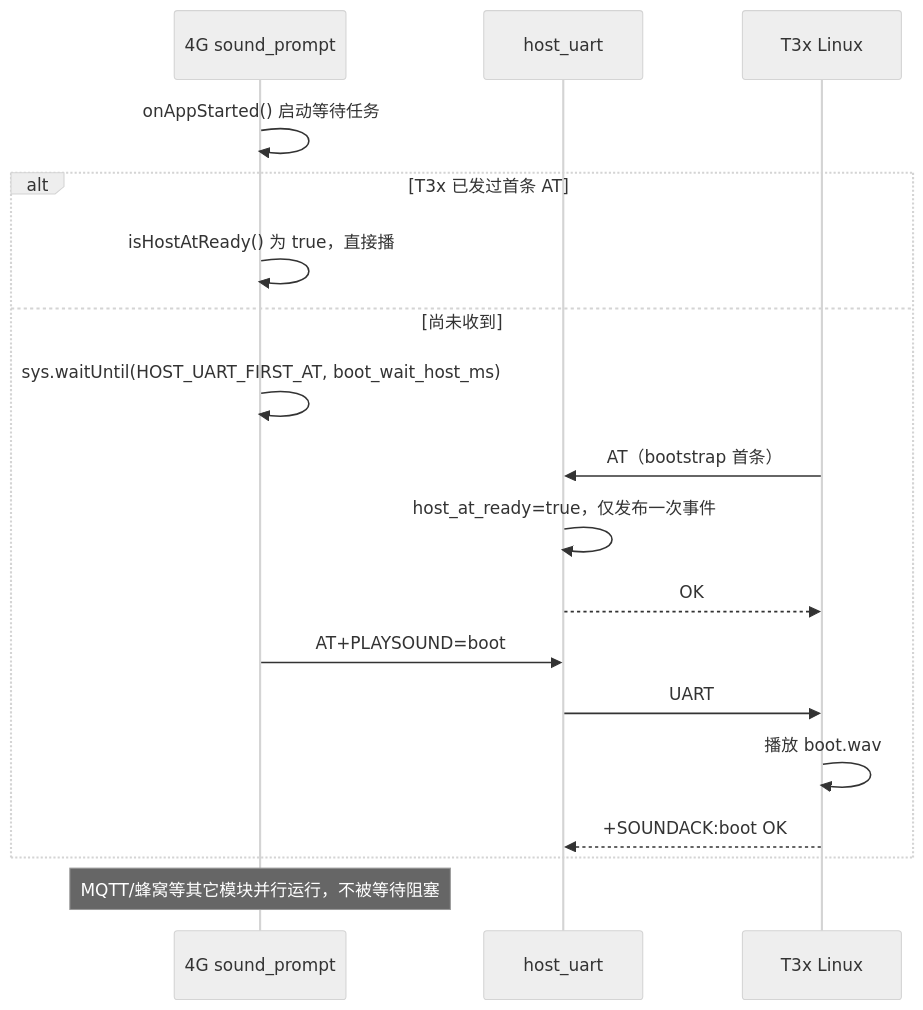
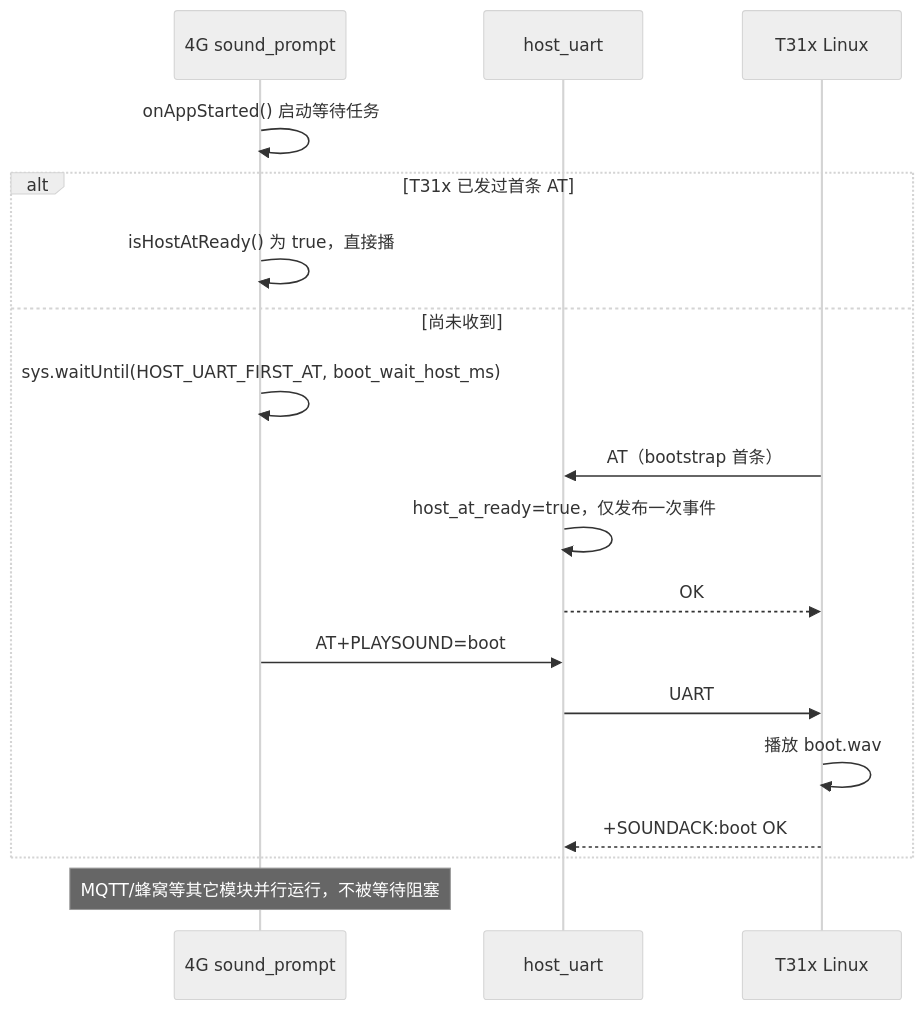
One commit to dzr1986/AIR780EHM changed the fifth of 5 diagrams in doc/BOOT_SHUTDOWN_SOUND.md. Above: the diagram before and after it, drawn with Mermaid (neutral theme). The commit also changed other lines of this file and 402 other files, not shown here.

````diff
--- a/doc/BOOT_SHUTDOWN_SOUND.md
+++ b/doc/BOOT_SHUTDOWN_SOUND.md
@@ -265,21 +265,21 @@
 ```mermaid
 sequenceDiagram
     participant G as 4G sound_prompt
     participant H as host_uart
-    participant T as T3x Linux
+    participant T as T31x Linux
 
     G->>G: onAppStarted() 启动等待任务
-    alt T3x 已发过首条 AT
+    alt T31x 已发过首条 AT
         G->>G: isHostAtReady() 为 true，直接播
     else 尚未收到
         G->>G: sys.waitUntil(HOST_UART_FIRST_AT, boot_wait_host_ms)
         T->>H: AT（bootstrap 首条）
         H->>H: host_at_ready=true，仅发布一次事件
         H-->>T: OK
         G->>H: AT+PLAYSOUND=boot
         H->>T: UART
         T->>T: 播放 boot.wav
         T-->>H: +SOUNDACK:boot OK
     end
     Note over G: MQTT/蜂窝等其它模块并行运行，不被等待阻塞
 ```
````
